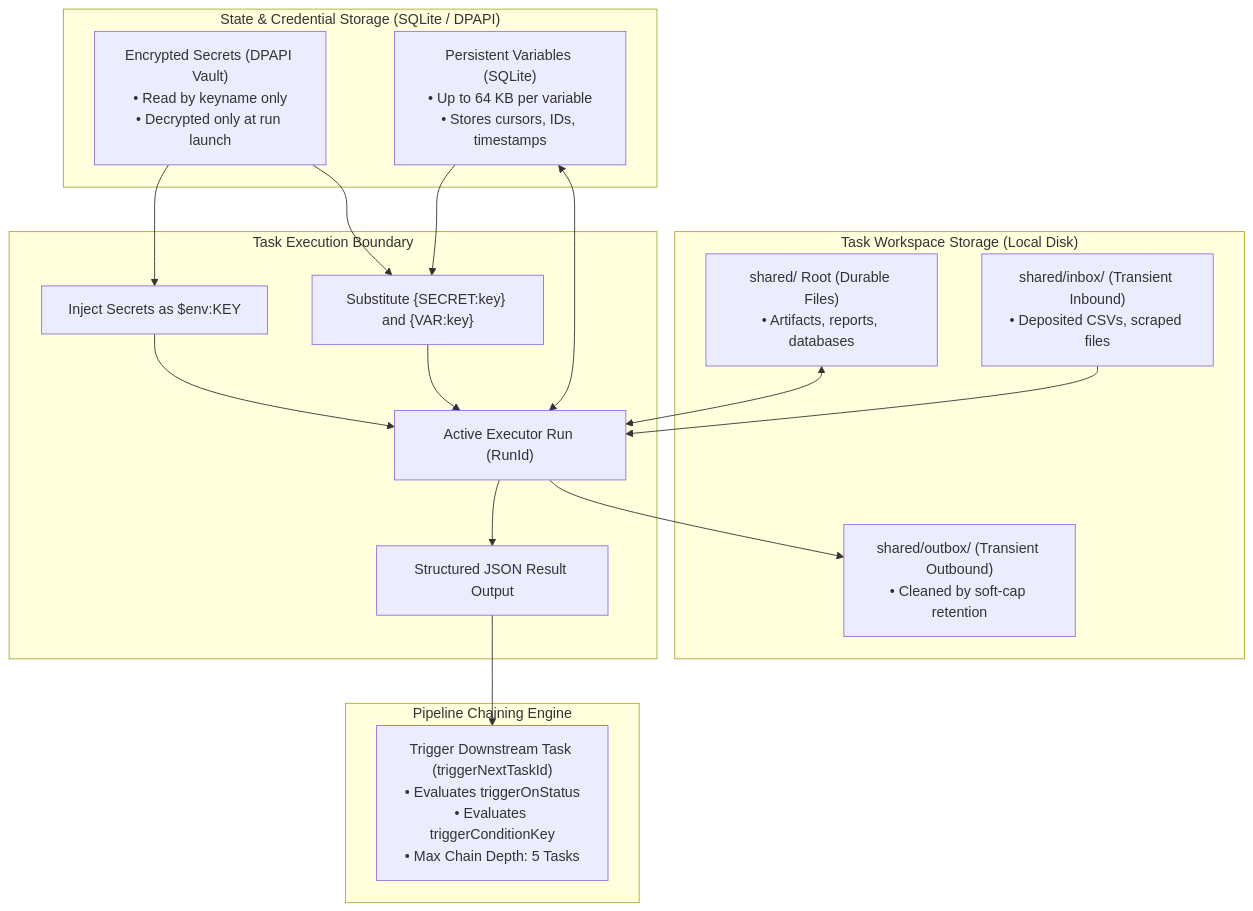
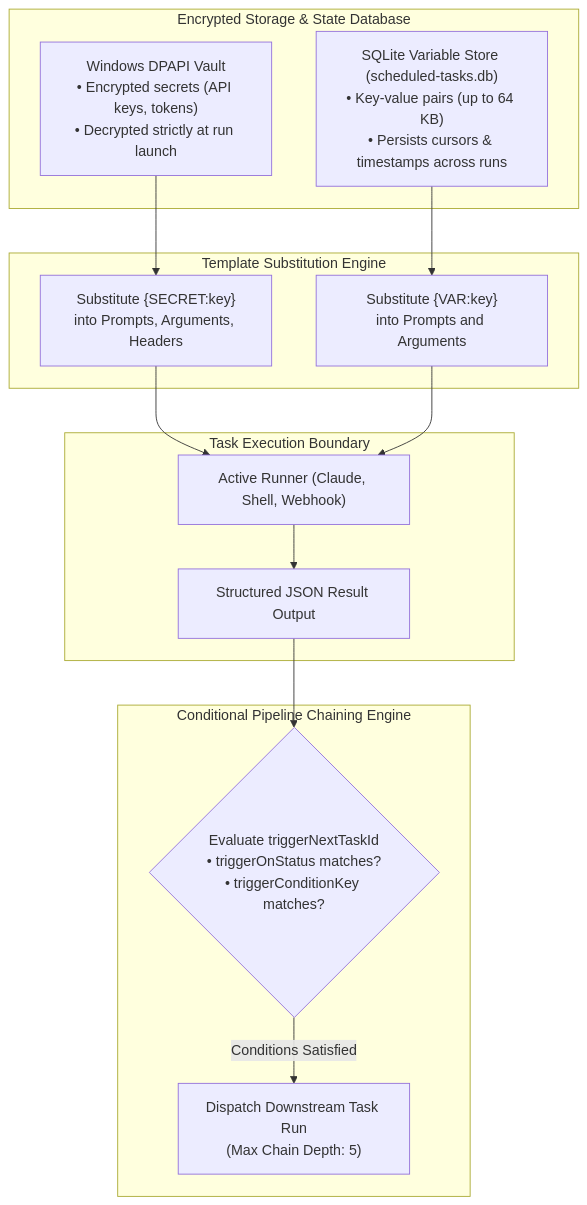
Before and after one commit to joelaniol/nova: the diagram in docs/core-features/scheduled-tasks/workspaces-secrets-and-chaining/README.md, drawn with Mermaid. The commit also changed other lines of this file and 128 other files, not shown here.

````diff
--- a/docs/core-features/scheduled-tasks/workspaces-secrets-and-chaining/README.md
+++ b/docs/core-features/scheduled-tasks/workspaces-secrets-and-chaining/README.md
@@ -13,36 +36,28 @@
 ```mermaid
 flowchart TD
-    subgraph TaskWorkspacePlane ["Task Workspace Storage (Local Disk)"]
-        SharedDir["shared/ Root (Durable Files)<br/>• Artifacts, reports, databases"]
-        InboxDir["shared/inbox/ (Transient Inbound)<br/>• Deposited CSVs, scraped files"]
-        OutboxDir["shared/outbox/ (Transient Outbound)<br/>• Cleaned by soft-cap retention"]
+    subgraph StorageLayer ["Encrypted Storage & State Database"]
+        DPAPISecrets["Windows DPAPI Vault<br/>• Encrypted secrets (API keys, tokens)<br/>• Decrypted strictly at run launch"]
+        StateVars["SQLite Variable Store (scheduled-tasks.db)<br/>• Key-value pairs (up to 64 KB)<br/>• Persists cursors & timestamps across runs"]
     end
 
-    subgraph StateAndSecrets ["State & Credential Storage (SQLite / DPAPI)"]
-        DPAPISecrets["Encrypted Secrets (DPAPI Vault)<br/>• Read by keyname only<br/>• Decrypted only at run launch"]
-        StateVars["Persistent Variables (SQLite)<br/>• Up to 64 KB per variable<br/>• Stores cursors, IDs, timestamps"]
+    subgraph SubstitutionEngine ["Template Substitution Engine"]
+        SecretSub["Substitute {SECRET:key}<br/>into Prompts, Arguments, Headers"]
+        VarSub["Substitute {VAR:key}<br/>into Prompts and Arguments"]
     end
 
-    subgraph RunExecution ["Task Execution Boundary"]
-        ActiveRun["Active Executor Run (RunId)"]
-        EnvInjection["Inject Secrets as $env:KEY"]
-        TemplateSub["Substitute {SECRET:key} and {VAR:key}"]
-        StructuredResult["Structured JSON Result Output"]
+    subgraph ActiveRunBoundary ["Task Execution Boundary"]
+        Executor["Active Runner (Claude, Shell, Webhook)"]
+        OutputJson["Structured JSON Result Output"]
     end
 
-    subgraph ChainingEngine ["Pipeline Chaining Engine"]
-        NextTask["Trigger Downstream Task (triggerNextTaskId)<br/>• Evaluates triggerOnStatus<br/>• Evaluates triggerConditionKey<br/>• Max Chain Depth: 5 Tasks"]
+    subgraph PipelineChaining ["Conditional Pipeline Chaining Engine"]
+        NextTaskCheck{"Evaluate triggerNextTaskId<br/>• triggerOnStatus matches?<br/>• triggerConditionKey matches?"}
+        TriggerDownstream["Dispatch Downstream Task Run<br/>(Max Chain Depth: 5)"]
     end
 
-    DPAPISecrets --> EnvInjection --> ActiveRun
-    DPAPISecrets --> TemplateSub --> ActiveRun
-    StateVars --> TemplateSub
-    StateVars <--> ActiveRun
-
-    SharedDir <--> ActiveRun
-    InboxDir --> ActiveRun
-    ActiveRun --> OutboxDir
-
-    ActiveRun --> StructuredResult
-    StructuredResult --> NextTask
+    DPAPISecrets --> SecretSub --> Executor
+    StateVars --> VarSub --> Executor
+    Executor --> OutputJson
+    OutputJson --> NextTaskCheck
+    NextTaskCheck -->|"Conditions Satisfied"| TriggerDownstream
 ```
````
